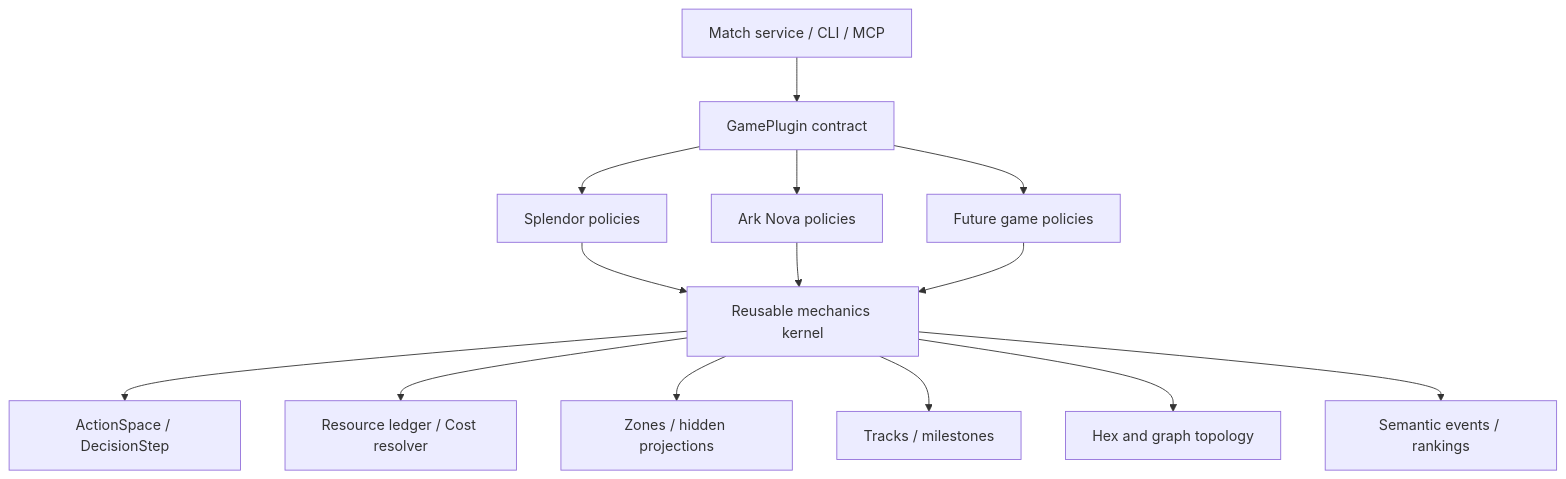
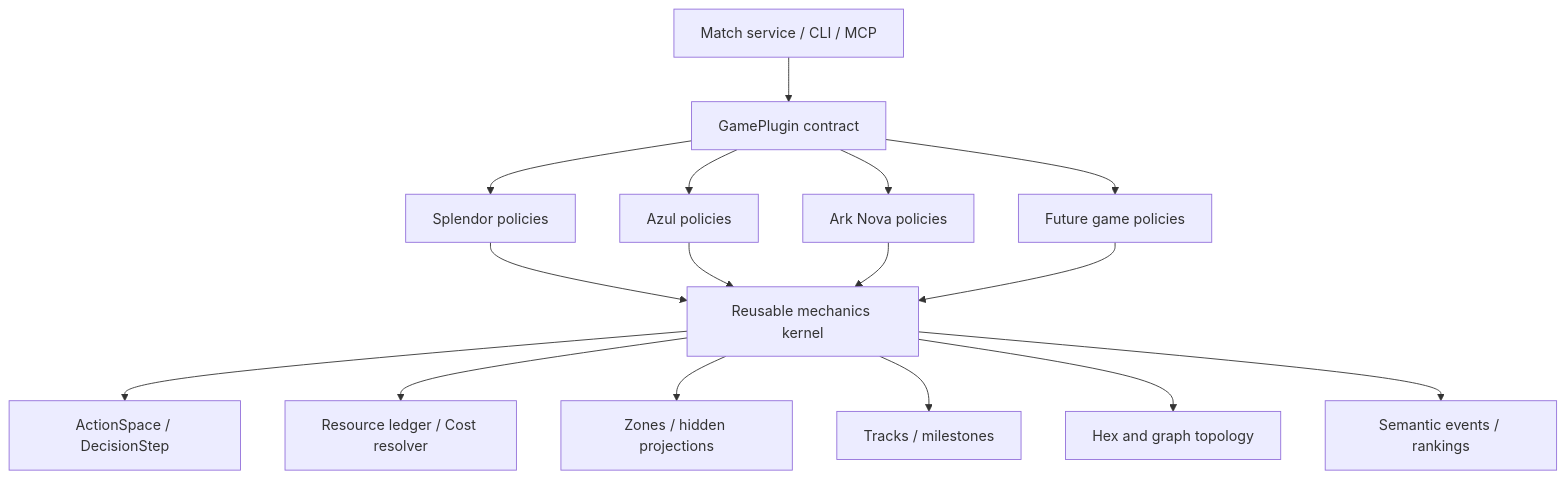
Before and after one commit to fengrui-z/AgentBGA: the second of 2 diagrams in docs/architecture.md, drawn with Mermaid. The commit also changed other lines of this file and 3 other files, not shown here.

Commit message:
docs(azul): document scope and architecture

````diff
--- a/docs/architecture.md
+++ b/docs/architecture.md
@@ -161,16 +162,18 @@
 ```mermaid
 flowchart TB
   APP["Match service / CLI / MCP"] --> CONTRACT["GamePlugin contract"]
   CONTRACT --> SPL["Splendor policies"]
+  CONTRACT --> AZUL["Azul policies"]
   CONTRACT --> ARK["Ark Nova policies"]
   CONTRACT --> FUTURE["Future game policies"]
   SPL --> KERNEL["Reusable mechanics kernel"]
+  AZUL --> KERNEL
   ARK --> KERNEL
   FUTURE --> KERNEL
   KERNEL --> ACTIONS["ActionSpace / DecisionStep"]
   KERNEL --> ECON["Resource ledger / Cost resolver"]
   KERNEL --> ZONES["Zones / hidden projections"]
   KERNEL --> TRACKS["Tracks / milestones"]
   KERNEL --> MAPS["Hex and graph topology"]
   KERNEL --> EVENTS["Semantic events / rankings"]
 ```
````
